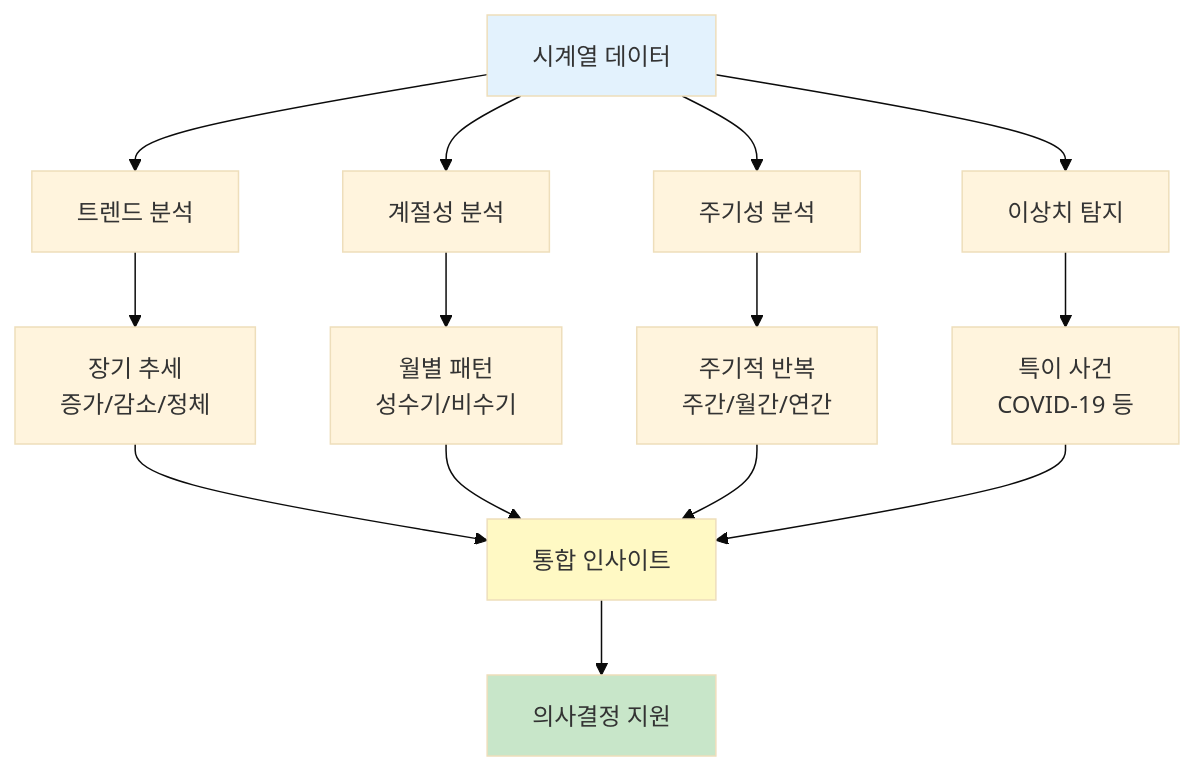
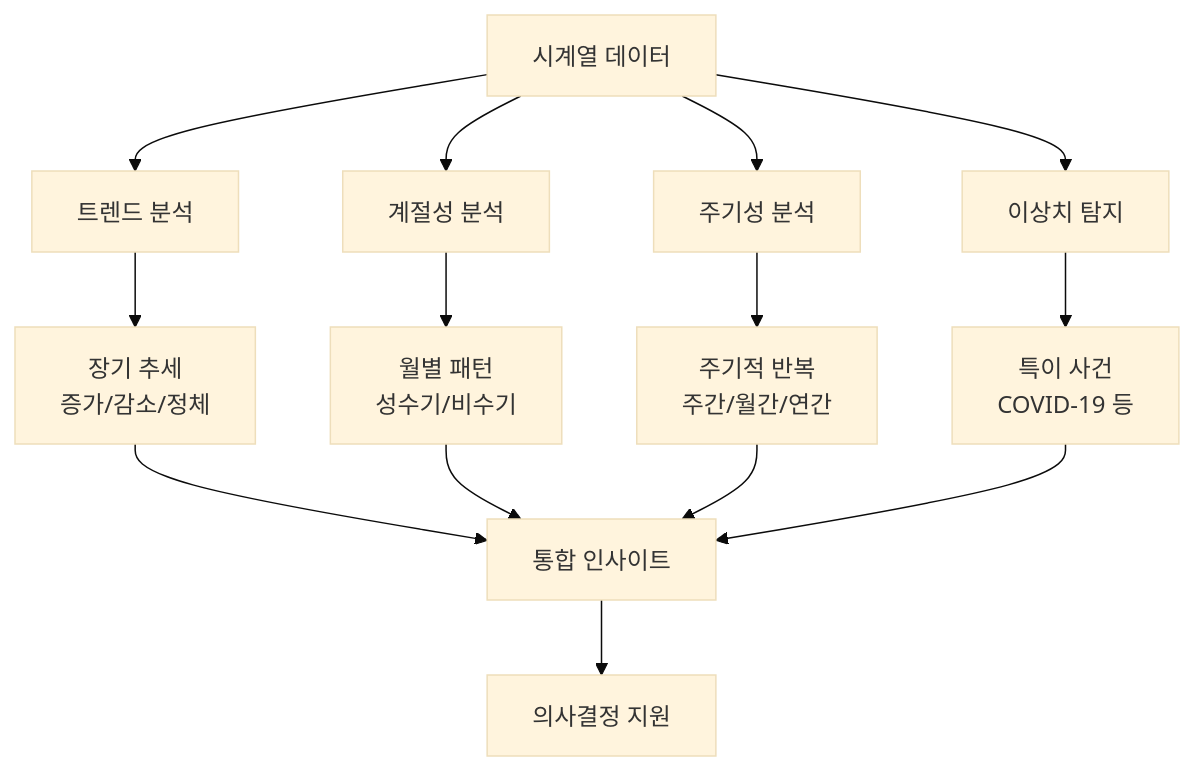
One commit to nugurejeil/weniVooks changed the third of 8 diagrams in _md/genai-notion/chapter04/04-3.md. Above: the diagram before and after it, drawn with Mermaid (base theme). The commit also changed other lines of this file and 187 other files, not shown here.

````diff
--- a/_md/genai-notion/chapter04/04-3.md
+++ b/_md/genai-notion/chapter04/04-3.md
@@ -163,23 +162,19 @@
 ```mermaid
 graph TD
     A[시계열 데이터] --> B[트렌드 분석]
     A --> C[계절성 분석]
     A --> D[주기성 분석]
     A --> E[이상치 탐지]
 
     B --> F[장기 추세<br/>증가/감소/정체]
     C --> G[월별 패턴<br/>성수기/비수기]
     D --> H[주기적 반복<br/>주간/월간/연간]
     E --> I[특이 사건<br/>COVID-19 등]
 
     F --> J[통합 인사이트]
     G --> J
     H --> J
     I --> J
 
-    J --> K[의사결정 지원]
-
-    style A fill:#E3F2FD
-    style J fill:#FFF9C4
-    style K fill:#C8E6C9
+    J --> K["의사결정 지원"]
 ```
````
